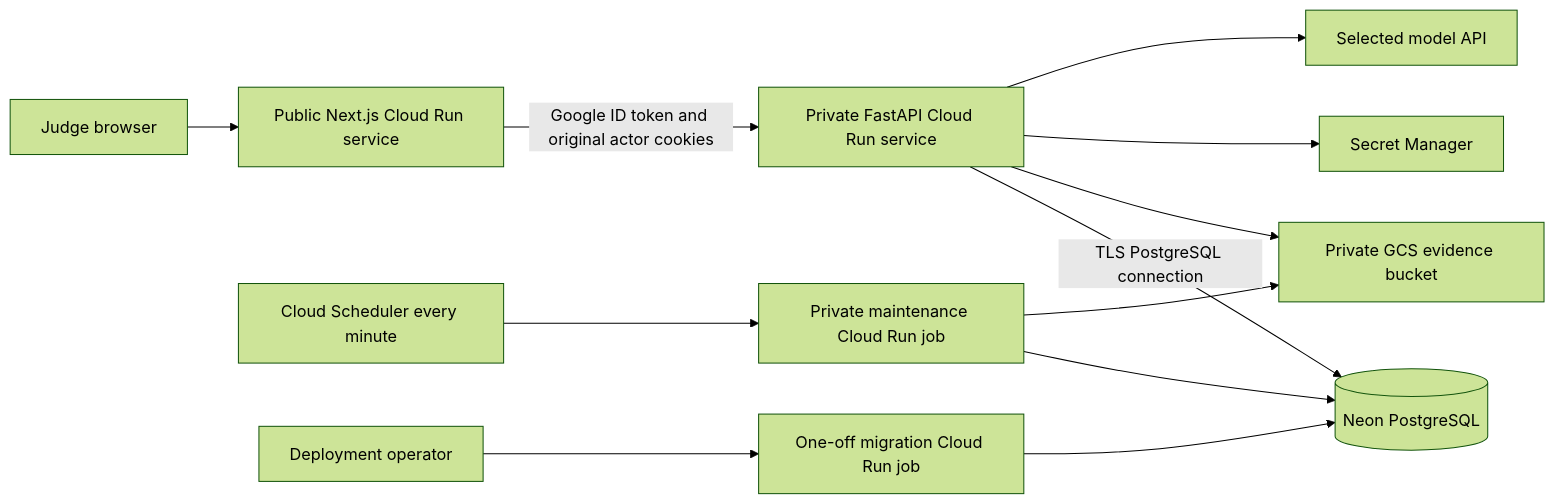
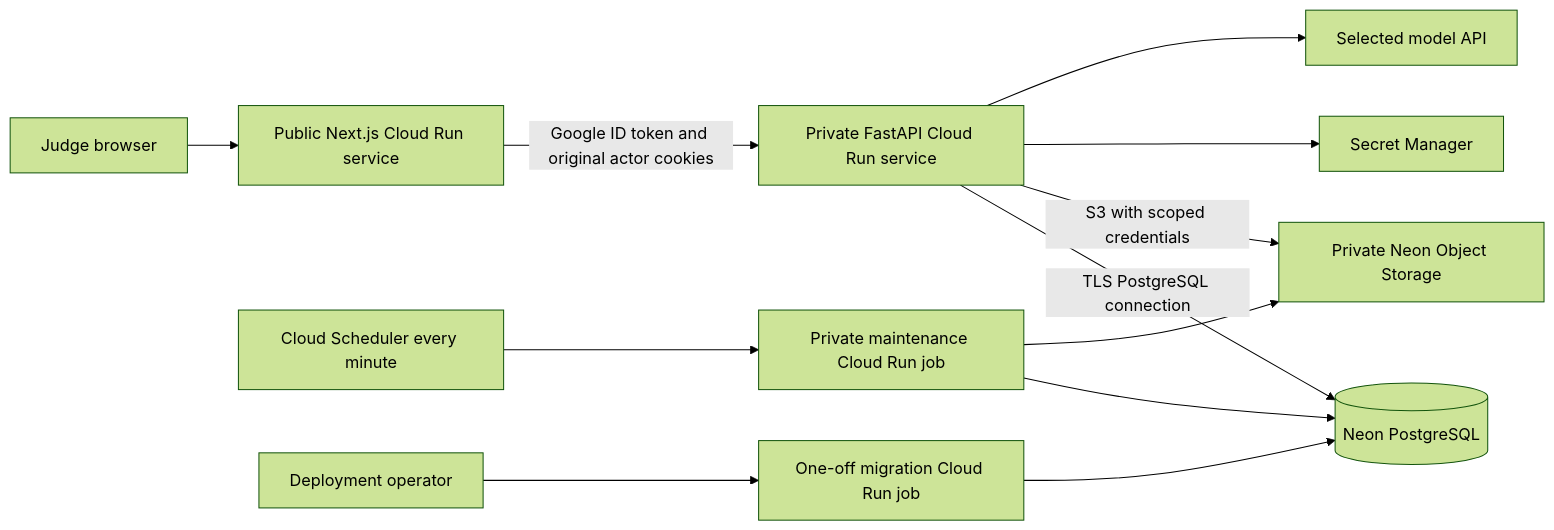
Before and after one commit to Nemo-Organization/Nemo: the diagram in docs/guardian/cloud-deployment.md, drawn with Mermaid (forest theme). The commit also changed other lines of this file and 18 other files, not shown here.

````diff
--- a/docs/guardian/cloud-deployment.md
+++ b/docs/guardian/cloud-deployment.md
@@ -7,14 +7,14 @@
 ```mermaid
 flowchart LR
     User[Judge browser] --> Web[Public Next.js Cloud Run service]
     Web -->|Google ID token and original actor cookies| API[Private FastAPI Cloud Run service]
     API -->|TLS PostgreSQL connection| DB[(Neon PostgreSQL)]
-    API --> Bucket[Private GCS evidence bucket]
+    API -->|S3 with scoped credentials| Bucket[Private Neon Object Storage]
     API --> Secrets[Secret Manager]
     API --> Model[Selected model API]
     Scheduler[Cloud Scheduler every minute] --> Job[Private maintenance Cloud Run job]
     Job --> DB
     Job --> Bucket
     Deploy[Deployment operator] --> Migration[One-off migration Cloud Run job]
     Migration --> DB
 ```
````
